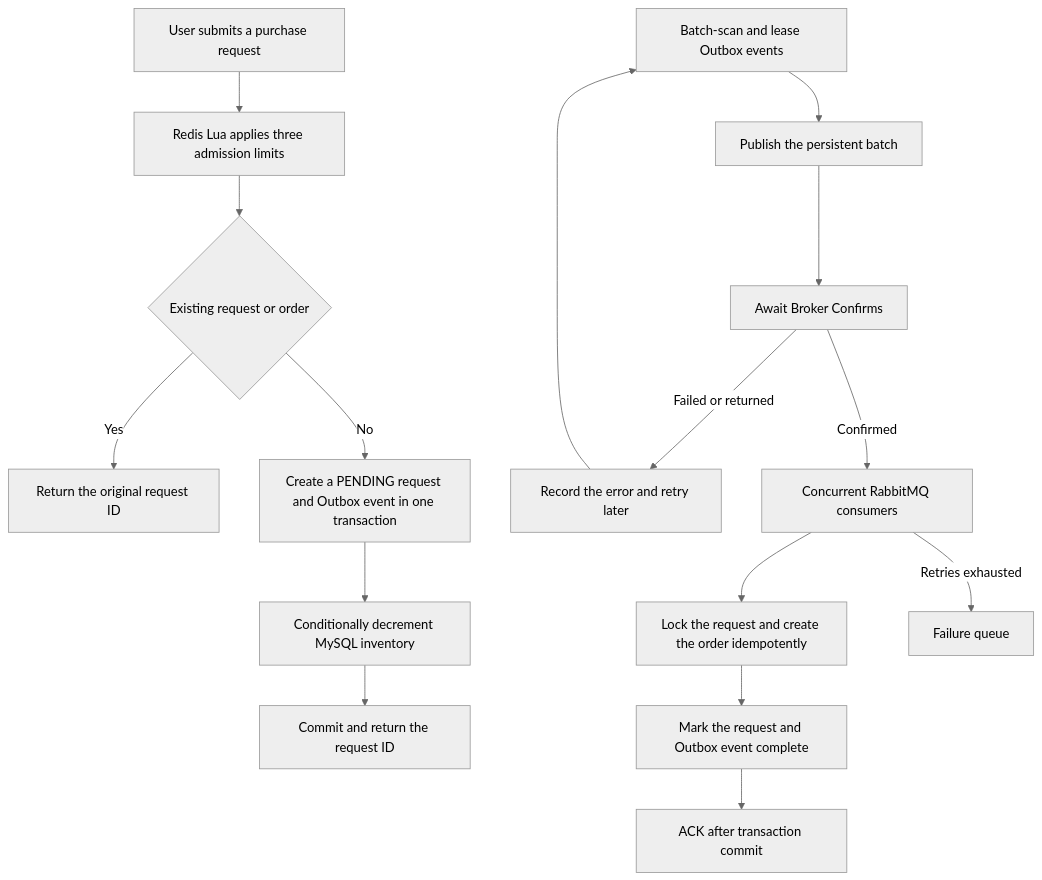
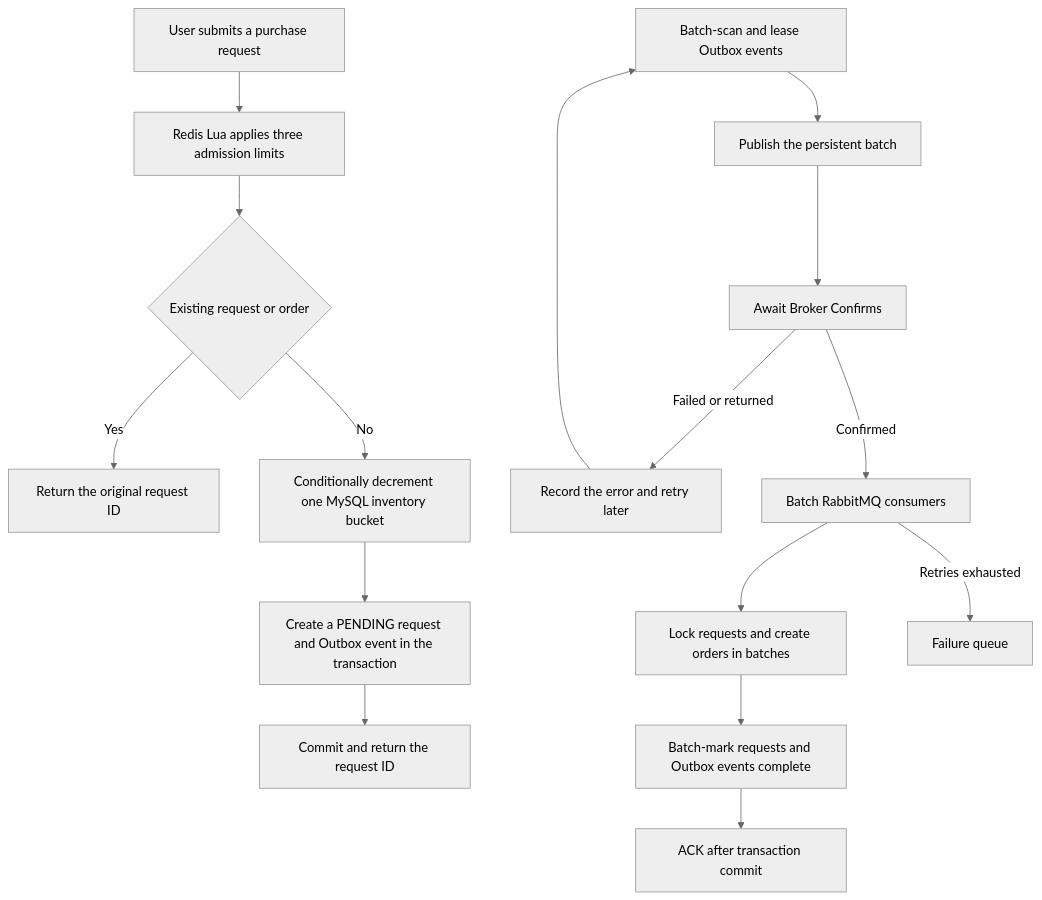
Before and after one commit to ctmd1234567/event-trading-platform: the diagram in README.en.md, drawn with Mermaid (neutral theme). The commit also changed other lines of this file and 26 other files, not shown here.

````diff
--- a/README.en.md
+++ b/README.en.md
@@ -28,19 +29,19 @@
 ```mermaid
 flowchart TD
   A[User submits a purchase request] --> B[Redis Lua applies three admission limits]
   B --> C{Existing request or order}
   C -- Yes --> D[Return the original request ID]
-  C -- No --> E[Create a PENDING request and Outbox event in one transaction]
-  E --> F[Conditionally decrement MySQL inventory]
+  C -- No --> E[Conditionally decrement one MySQL inventory bucket]
+  E --> F[Create a PENDING request and Outbox event in the transaction]
   F --> G[Commit and return the request ID]
 
   H[Batch-scan and lease Outbox events] --> I[Publish the persistent batch]
   I --> J[Await Broker Confirms]
   J -- Failed or returned --> K[Record the error and retry later]
   K --> H
-  J -- Confirmed --> L[Concurrent RabbitMQ consumers]
-  L --> M[Lock the request and create the order idempotently]
-  M --> N[Mark the request and Outbox event complete]
+  J -- Confirmed --> L[Batch RabbitMQ consumers]
+  L --> M[Lock requests and create orders in batches]
+  M --> N[Batch-mark requests and Outbox events complete]
   N --> O[ACK after transaction commit]
   L -- Retries exhausted --> P[Failure queue]
 ```
````
